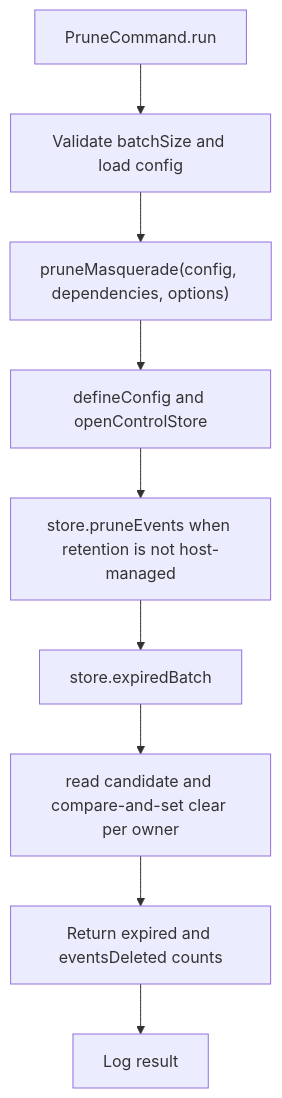
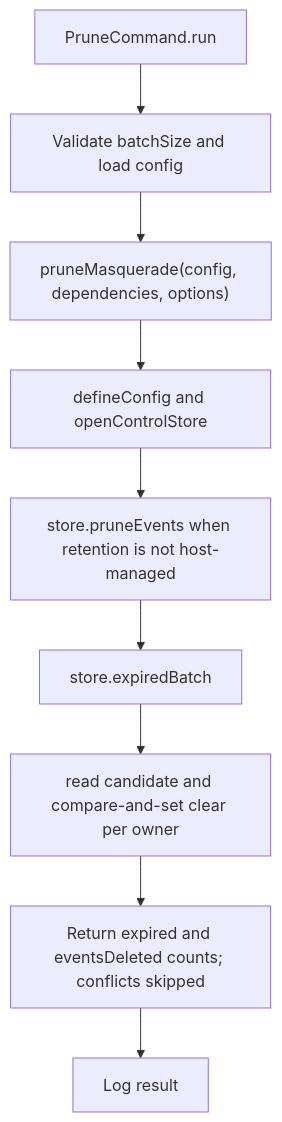
One commit to Kevinjohn/oss-adonisjs-masquerade changed the second of 2 diagrams in user-stories/expire-retain-modes/us-ops-03-expire-retain-modes.md. Above: the diagram before and after it, drawn with Mermaid. The commit also changed other lines of this file and 26 other files, not shown here.

````diff
--- a/user-stories/expire-retain-modes/us-ops-03-expire-retain-modes.md
+++ b/user-stories/expire-retain-modes/us-ops-03-expire-retain-modes.md
@@ -36,11 +38,11 @@
 ```mermaid
 flowchart TD
     A["PruneCommand.run"] --> B["Validate batchSize and load config"]
     B --> C["pruneMasquerade(config, dependencies, options)"]
     C --> D["defineConfig and openControlStore"]
     D --> E["store.pruneEvents when retention is not host-managed"]
     E --> F["store.expiredBatch"]
     F --> G["read candidate and compare-and-set clear per owner"]
-    G --> H["Return expired and eventsDeleted counts"]
+    G --> H["Return expired and eventsDeleted counts; conflicts skipped"]
     H --> I["Log result"]
 ```
````
